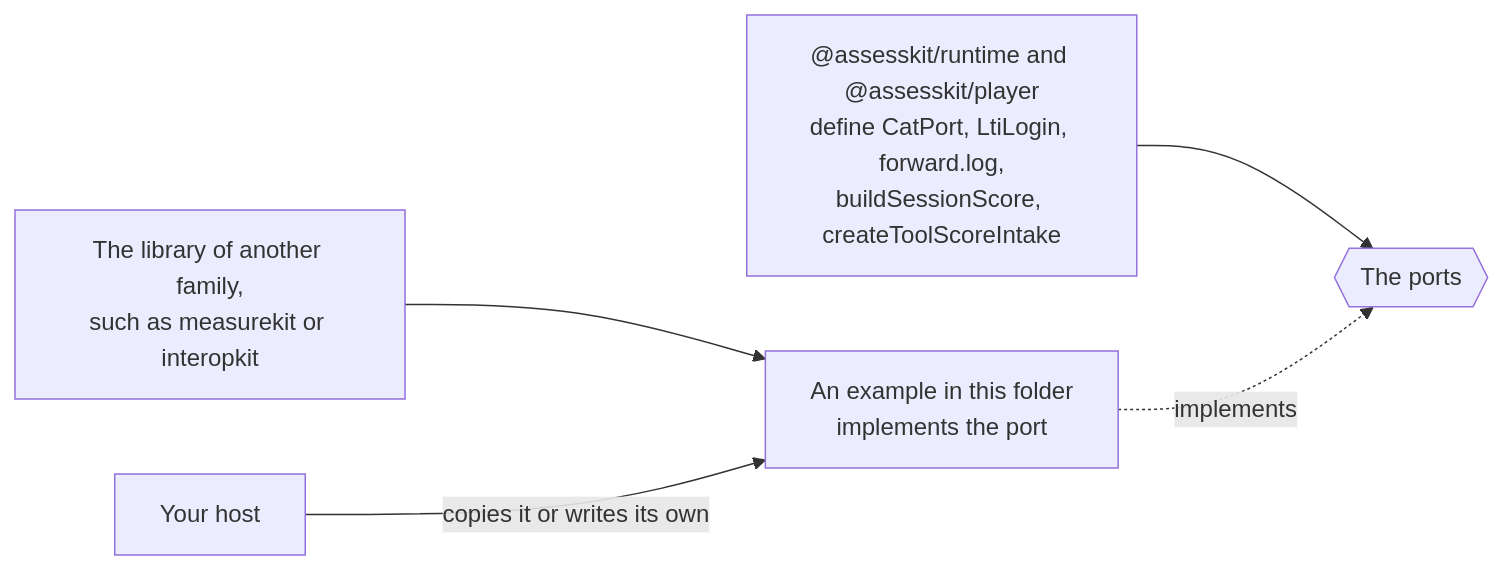
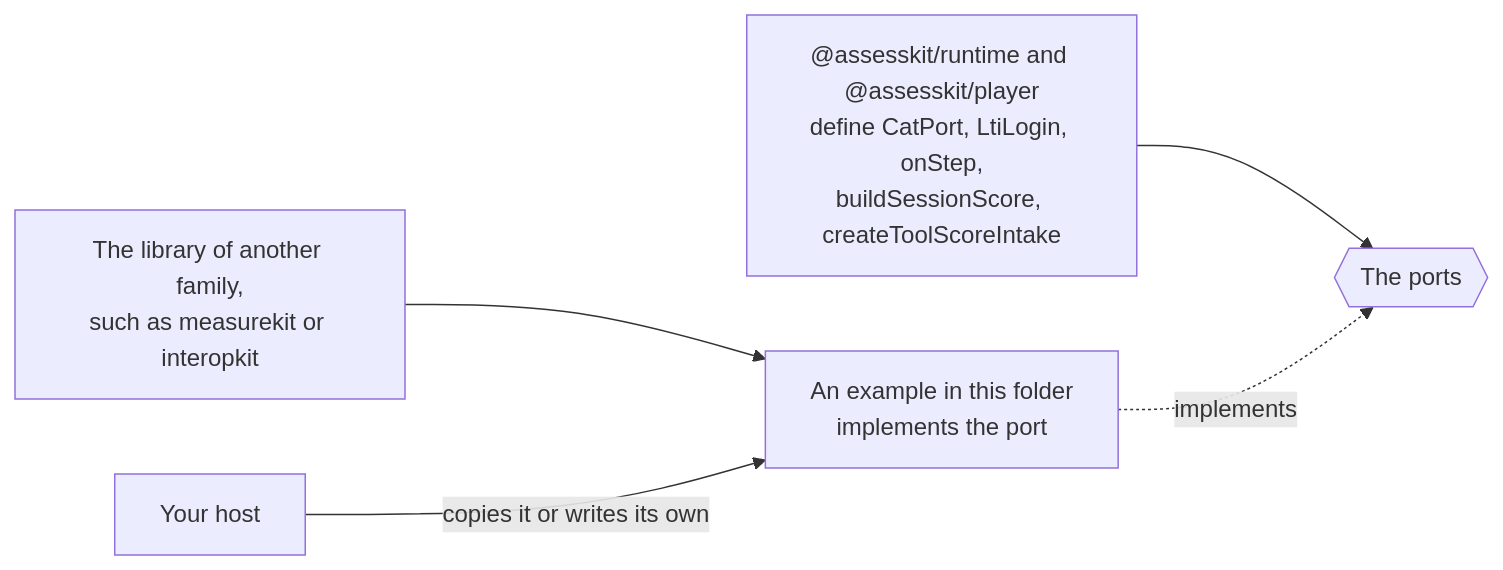
One commit to assesskit/assesskit changed the diagram in examples/player/README.md. Above: the diagram before and after it, drawn with Mermaid. The commit also changed 19 other files, not shown here.

````diff
--- a/examples/player/README.md
+++ b/examples/player/README.md
@@ -5,7 +5,7 @@
 ```mermaid
 flowchart LR
-  runtime["@assesskit/runtime and @assesskit/player<br/>define CatPort, LtiLogin, forward.log,<br/>buildSessionScore, createToolScoreIntake"] --> port{{"The ports"}}
+  runtime["@assesskit/runtime and @assesskit/player<br/>define CatPort, LtiLogin, onStep,<br/>buildSessionScore, createToolScoreIntake"] --> port{{"The ports"}}
   example["An example in this folder<br/>implements the port"] -.->|implements| port
   library["The library of another family,<br/>such as measurekit or interopkit"] --> example
   host["Your host"] -->|"copies it or writes its own"| example
 ```
````
